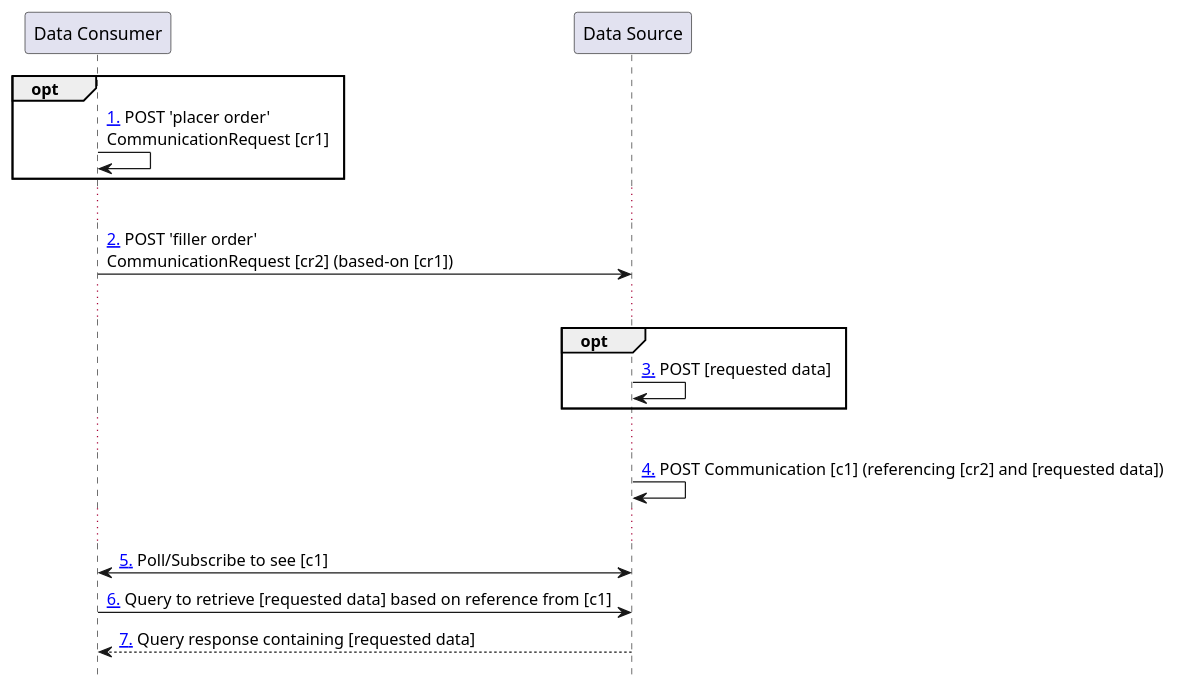
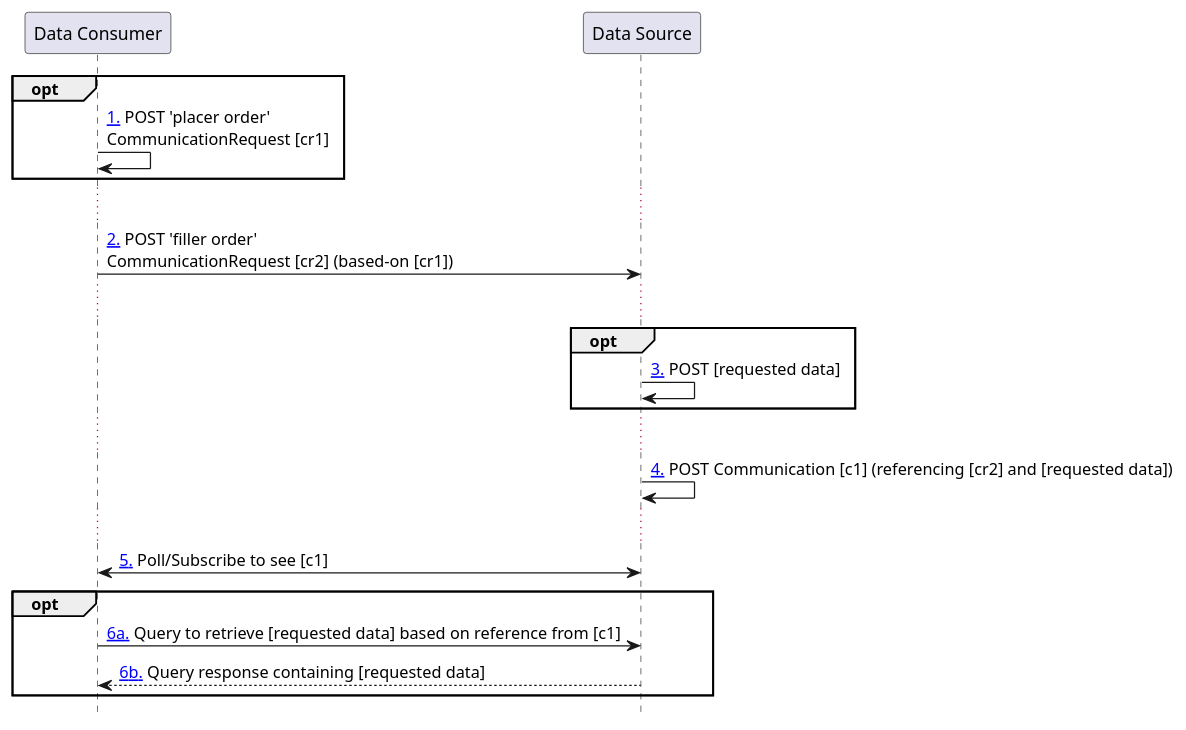
One commit to HL7/davinci-ehrx changed the diagram in input/images-source/communicationrequest-post-poll.plantuml. Above: the diagram before and after it, drawn with PlantUML. The commit also changed 10 other files, not shown here.

Commit message:
Updated diagrams

```diff
--- a/input/images-source/communicationrequest-post-poll.plantuml
+++ b/input/images-source/communicationrequest-post-poll.plantuml
@@ -1,20 +1,22 @@
 @startuml
 hide footbox
 participant "Data Consumer" as Consumer
 participant "Data Source" as Source
 opt
 Consumer -> Consumer: [[#cr-post-c1 1.]] POST 'placer order'\nCommunicationRequest [cr1]
 end
 ...
 Consumer -> Source: [[#cr-post-c2 2.]] POST 'filler order'\nCommunicationRequest [cr2] (based-on [cr1])
 ...
 opt
 Source -> Source: [[#cr-post-c3 3.]] POST [requested data]
 end
 ...
 Source -> Source: [[#cr-post-c4 4.]] POST Communication [c1] (referencing [cr2] and [requested data])
 ...
 Consumer <-> Source: [[#cr-post-c5 5.]] Poll/Subscribe to see [c1]
-Consumer -> Source: [[#cr-post-c6 6.]] Query to retrieve [requested data] based on reference from [c1]
-Consumer <-- Source: [[#cr-post-c7 7.]] Query response containing [requested data]
+opt
+  Consumer -> Source: [[#cr-post-c6 6a.]] Query to retrieve [requested data] based on reference from [c1]
+  Consumer <-- Source: [[#cr-post-c6 6b.]] Query response containing [requested data]
+end
 @enduml
```
